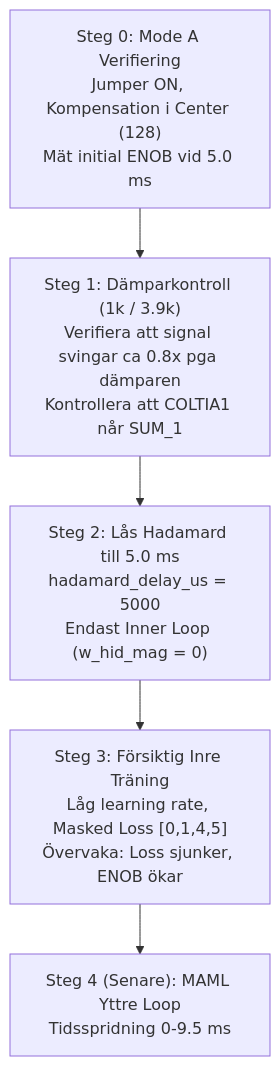
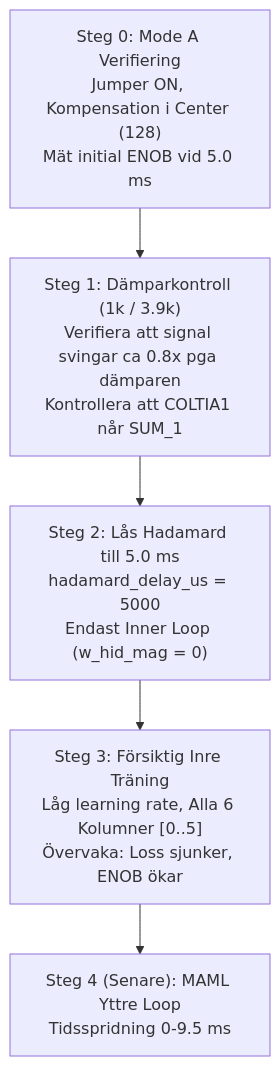
The diagram in FPGA_code/docs/MODE_A_INNER_LOOP_SPECIFICATION_FOR_ARGON.md (ollewelin/analog_matrix_computation_Inverted_MAML_PAT_PEND_2630397-4), drawn with Mermaid before and after one commit. The commit also changed other lines of this file and 1 other file, not shown here.

````diff
--- a/FPGA_code/docs/MODE_A_INNER_LOOP_SPECIFICATION_FOR_ARGON.md
+++ b/FPGA_code/docs/MODE_A_INNER_LOOP_SPECIFICATION_FOR_ARGON.md
@@ -120,10 +120,10 @@
 ```mermaid
 flowchart TD
     Step0["Steg 0: Mode A Verifiering<br/>Jumper ON, Kompensation i Center (128)<br/>Mät initial ENOB vid 5.0 ms"]
     Step1["Steg 1: Dämparkontroll (1k / 3.9k)<br/>Verifiera att signal svingar ca 0.8x pga dämparen<br/>Kontrollera att COLTIA1 når SUM_1"]
     Step2["Steg 2: Lås Hadamard till 5.0 ms<br/>hadamard_delay_us = 5000<br/>Endast Inner Loop (w_hid_mag = 0)"]
-    Step3["Steg 3: Försiktig Inre Träning<br/>Låg learning rate, Masked Loss [0,1,4,5]<br/>Övervaka: Loss sjunker, ENOB ökar"]
+    Step3["Steg 3: Försiktig Inre Träning<br/>Låg learning rate, Alla 6 Kolumner [0..5]<br/>Övervaka: Loss sjunker, ENOB ökar"]
     Step4["Steg 4 (Senare): MAML Yttre Loop<br/>Tidsspridning 0-9.5 ms"]
 
     Step0 --> Step1 --> Step2 --> Step3 --> Step4
 ```
````
